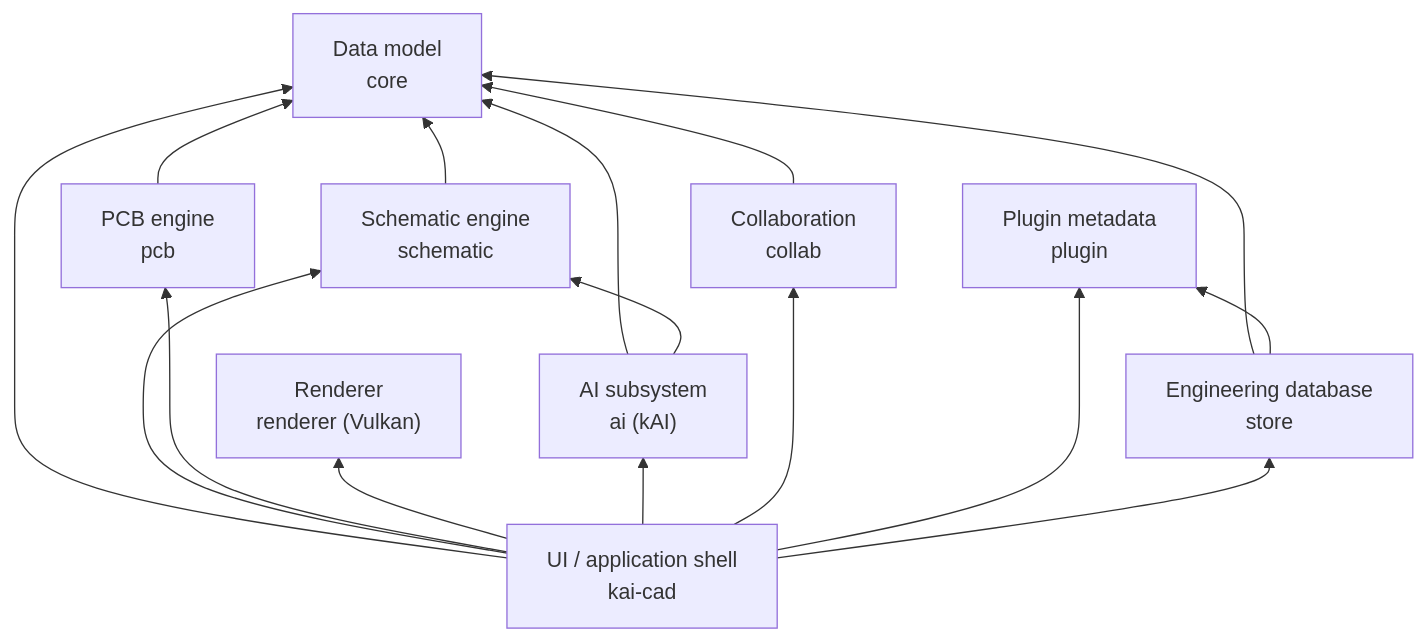
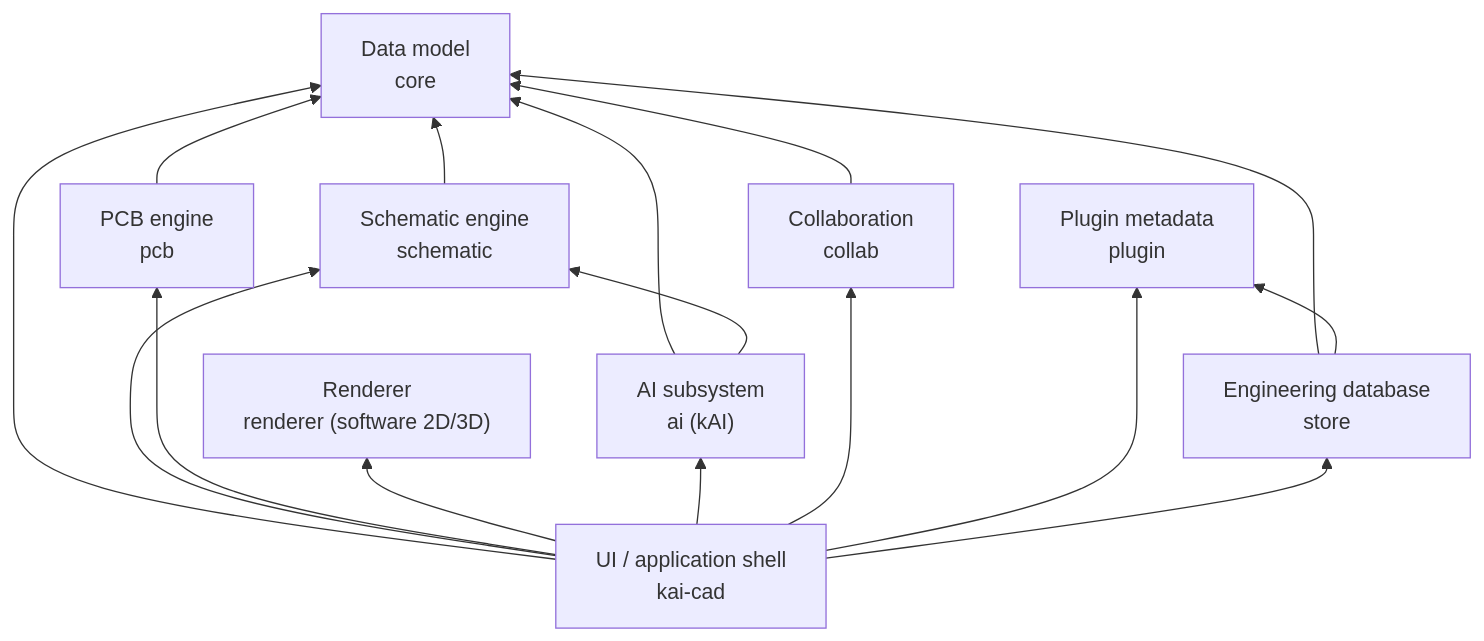
One commit to sneakylizard123-4/KaiCad changed the second of 3 diagrams in docs/ARCHITECTURE.md. Above: the diagram before and after it, drawn with Mermaid. The commit also changed other lines of this file and 19 other files, not shown here.

````diff
--- a/docs/ARCHITECTURE.md
+++ b/docs/ARCHITECTURE.md
@@ -65,28 +71,28 @@
 ```mermaid
 flowchart BT
     data["Data model<br/>core"]
     schematic["Schematic engine<br/>schematic"]
     pcb["PCB engine<br/>pcb"]
-    render["Renderer<br/>renderer (Vulkan)"]
+    render["Renderer<br/>renderer (software 2D/3D)"]
     ai["AI subsystem<br/>ai (kAI)"]
     collab["Collaboration<br/>collab"]
     plugin["Plugin metadata<br/>plugin"]
     store["Engineering database<br/>store"]
     ui["UI / application shell<br/>kai-cad"]
 
     schematic --> data
     pcb --> data
     ai --> data
     ai --> schematic
     collab --> data
     store --> data
     store --> plugin
     ui --> data
     ui --> schematic
     ui --> pcb
     ui --> render
     ui --> ai
     ui --> collab
     ui --> plugin
     ui --> store
 ```
````
